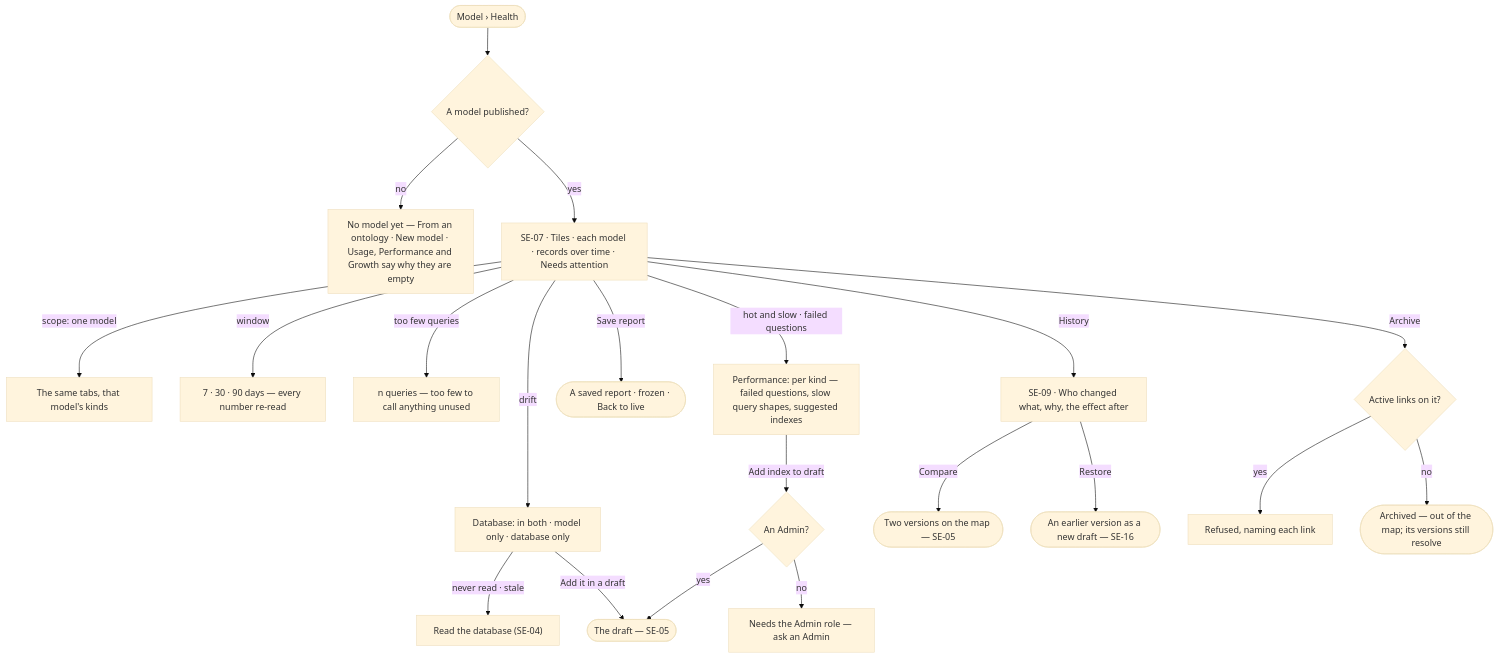
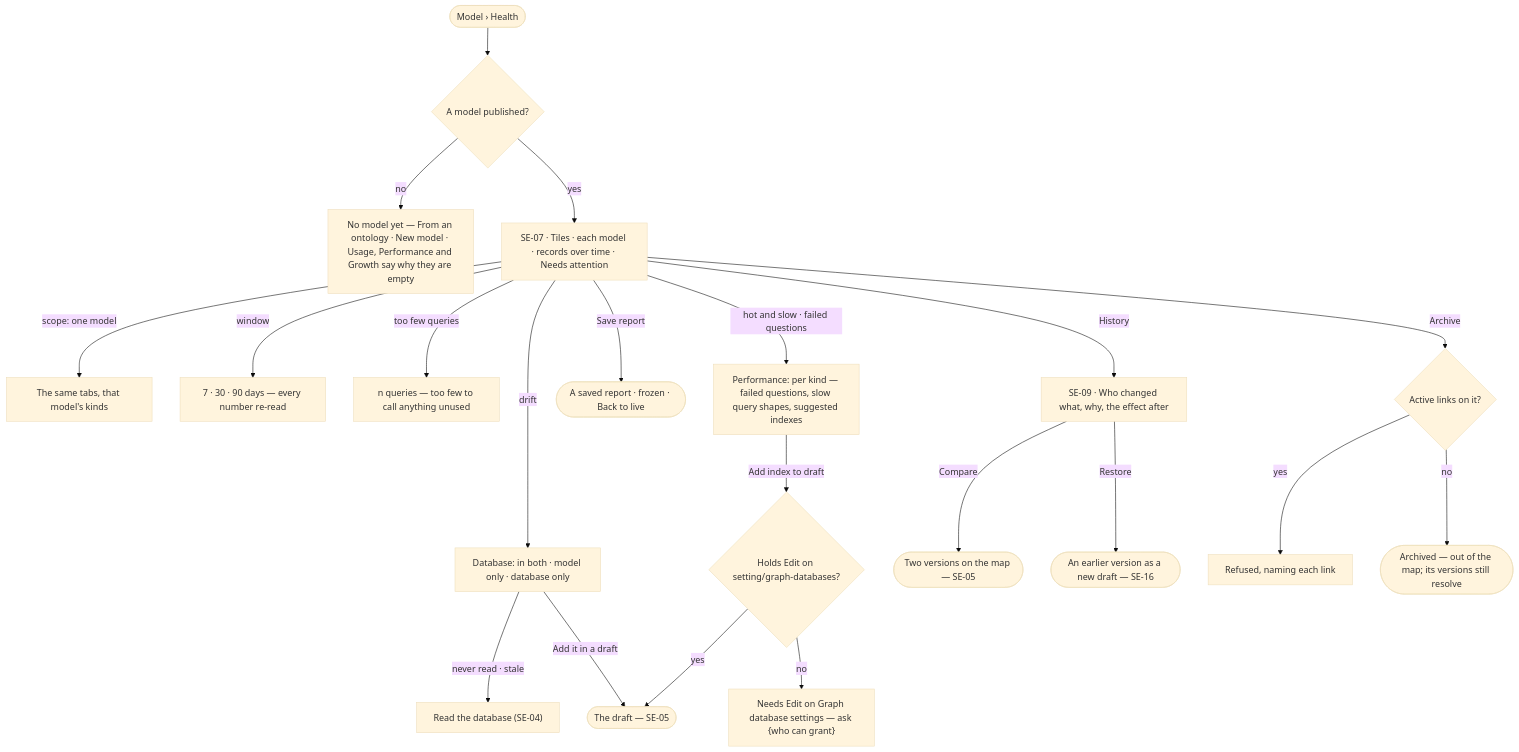
Before and after one commit to invana/invana: the diagram in specs/capabilities/semantics/features/SE-F10-health-and-history/feature.md, drawn with Mermaid (base theme). The commit also changed other lines of this file and 456 other files, not shown here.

````diff
--- a/specs/capabilities/semantics/features/SE-F10-health-and-history/feature.md
+++ b/specs/capabilities/semantics/features/SE-F10-health-and-history/feature.md
@@ -22,23 +22,23 @@
 ```mermaid
 flowchart TD
   start([Model › Health]) --> any{A model published?}
   any -->|no| none["No model yet — From an ontology · New model · Usage, Performance and Growth say why they are empty"]
   any -->|yes| h["SE-07 · Tiles · each model · records over time · Needs attention"]
   h -->|scope: one model| one["The same tabs, that model's kinds"]
   h -->|window| w["7 · 30 · 90 days — every number re-read"]
   h -->|too few queries| few["n queries — too few to call anything unused"]
   h -->|drift| db["Database: in both · model only · database only"]
   db -->|never read · stale| rd["Read the database (SE-04)"]
   db -->|Add it in a draft| draft(["The draft — SE-05"])
   h -->|hot and slow · failed questions| perf["Performance: per kind — failed questions, slow query shapes, suggested indexes"]
-  perf -->|Add index to draft| may{An Admin?}
-  may -->|no| na["Needs the Admin role — ask an Admin"]
+  perf -->|Add index to draft| may{"Holds Edit on setting/graph-databases?"}
+  may -->|no| na["Needs Edit on Graph database settings — ask {who can grant}"]
   may -->|yes| draft
   h -->|Save report| rep(["A saved report · frozen · Back to live"])
   h -->|History| hist["SE-09 · Who changed what, why, the effect after"]
   hist -->|Compare| cmp(["Two versions on the map — SE-05"])
   hist -->|Restore| rs(["An earlier version as a new draft — SE-16"])
   h -->|Archive| ar{Active links on it?}
   ar -->|yes| arr["Refused, naming each link"]
   ar -->|no| arch(["Archived — out of the map; its versions still resolve"])
 ```
````
